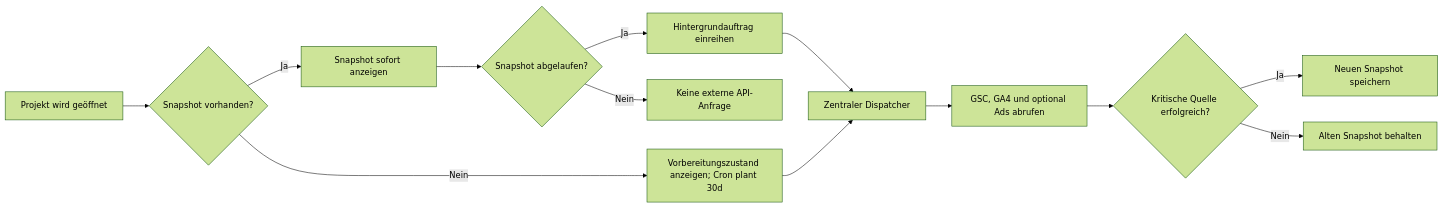
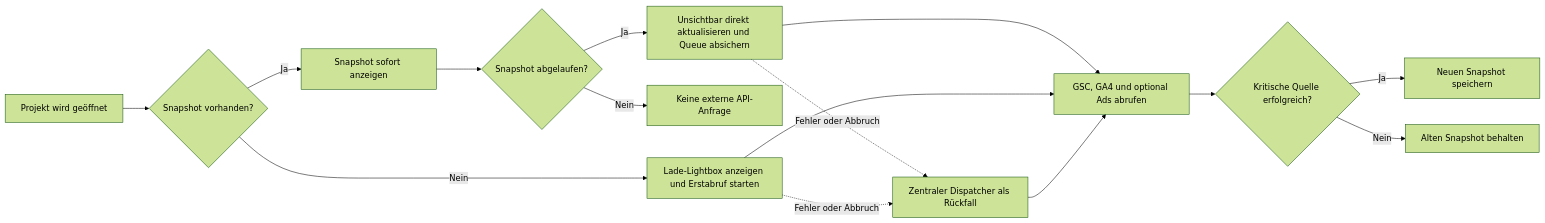
The diagram in docs/DATENAKTUALISIERUNG.md (michael-kanda/dasboard), drawn with Mermaid (forest theme) before and after one commit. The commit also changed other lines of this file and 12 other files, not shown here.

````diff
--- a/docs/DATENAKTUALISIERUNG.md
+++ b/docs/DATENAKTUALISIERUNG.md
@@ -20,15 +20,17 @@
 ```mermaid
 flowchart LR
     A[Projekt wird geöffnet] --> B{Snapshot vorhanden?}
     B -- Ja --> C[Snapshot sofort anzeigen]
     C --> D{Snapshot abgelaufen?}
-    D -- Ja --> E[Hintergrundauftrag einreihen]
+    D -- Ja --> E[Unsichtbar direkt aktualisieren und Queue absichern]
     D -- Nein --> F[Keine externe API-Anfrage]
-    B -- Nein --> G[Vorbereitungszustand anzeigen; Cron plant 30d]
-    E --> H[Zentraler Dispatcher]
-    G --> H
-    H --> I[GSC, GA4 und optional Ads abrufen]
+    B -- Nein --> G[Lade-Lightbox anzeigen und Erstabruf starten]
+    E --> I[GSC, GA4 und optional Ads abrufen]
+    G --> I
+    E -. Fehler oder Abbruch .-> H[Zentraler Dispatcher als Rückfall]
+    G -. Fehler oder Abbruch .-> H
+    H --> I
     I --> J{Kritische Quelle erfolgreich?}
     J -- Ja --> K[Neuen Snapshot speichern]
     J -- Nein --> L[Alten Snapshot behalten]
 ```
````
